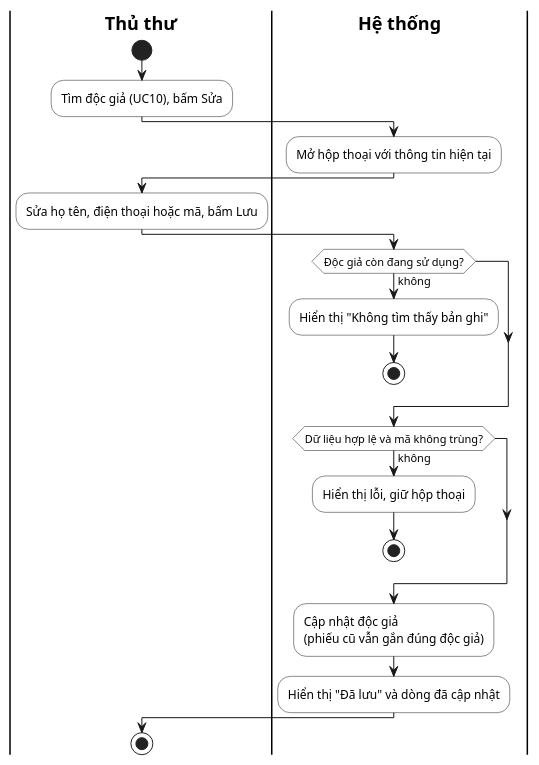
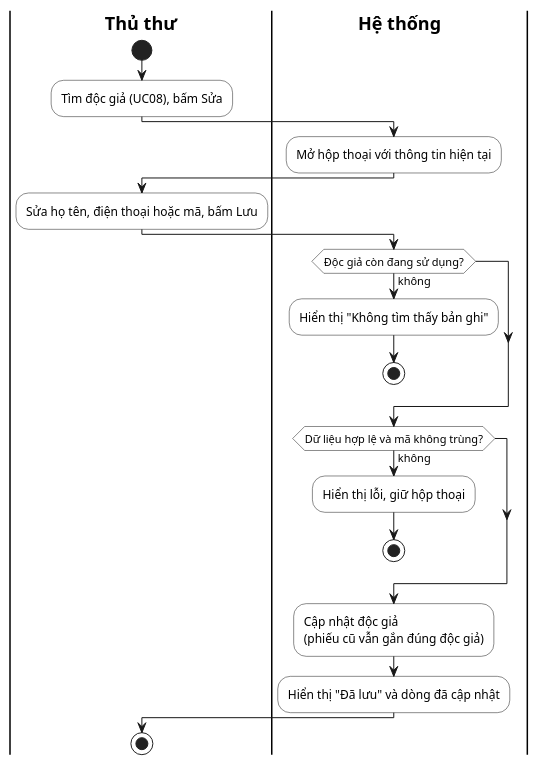
The diagram in docs/uml/act08_sua_doc_gia.puml (khoiln218/ThuVienMini), drawn with PlantUML before and after one commit. The commit also changed 30 other files, not shown here.

```diff
--- a/docs/uml/act08_sua_doc_gia.puml
+++ b/docs/uml/act08_sua_doc_gia.puml
@@ -1,26 +1,26 @@
 @startuml
 skinparam defaultFontName Arial
 skinparam shadowing false
 skinparam ActivityBackgroundColor #FFFFFF
 skinparam SwimlaneTitleFontStyle bold
 |Thủ thư|
 start
-:Tìm độc giả (UC10), bấm Sửa;
+:Tìm độc giả (UC08), bấm Sửa;
 |Hệ thống|
 :Mở hộp thoại với thông tin hiện tại;
 |Thủ thư|
 :Sửa họ tên, điện thoại hoặc mã, bấm Lưu;
 |Hệ thống|
 if (Độc giả còn đang sử dụng?) then (không)
   :Hiển thị "Không tìm thấy bản ghi";
   stop
 endif
 if (Dữ liệu hợp lệ và mã không trùng?) then (không)
   :Hiển thị lỗi, giữ hộp thoại;
   stop
 endif
 :Cập nhật độc giả\n(phiếu cũ vẫn gắn đúng độc giả);
 :Hiển thị "Đã lưu" và dòng đã cập nhật;
 |Thủ thư|
 stop
 @enduml
```
